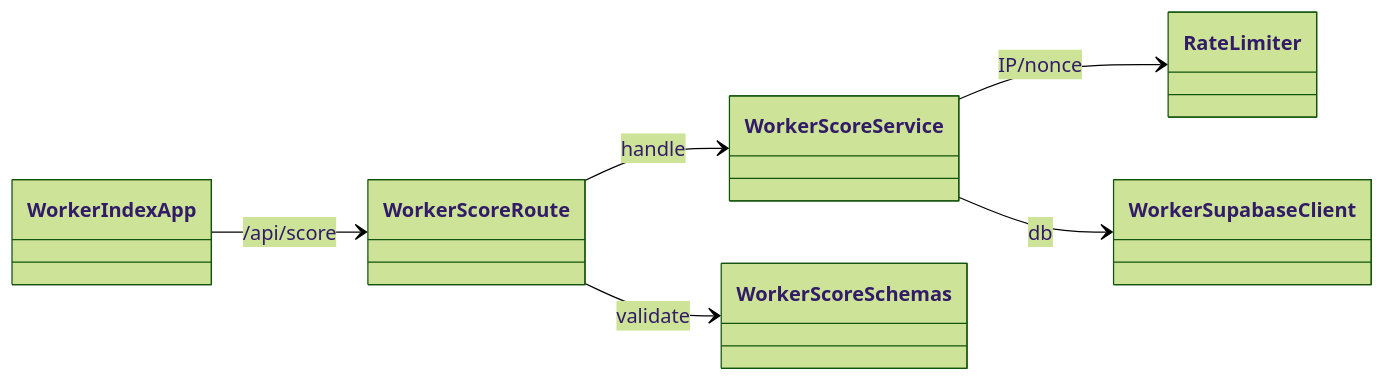
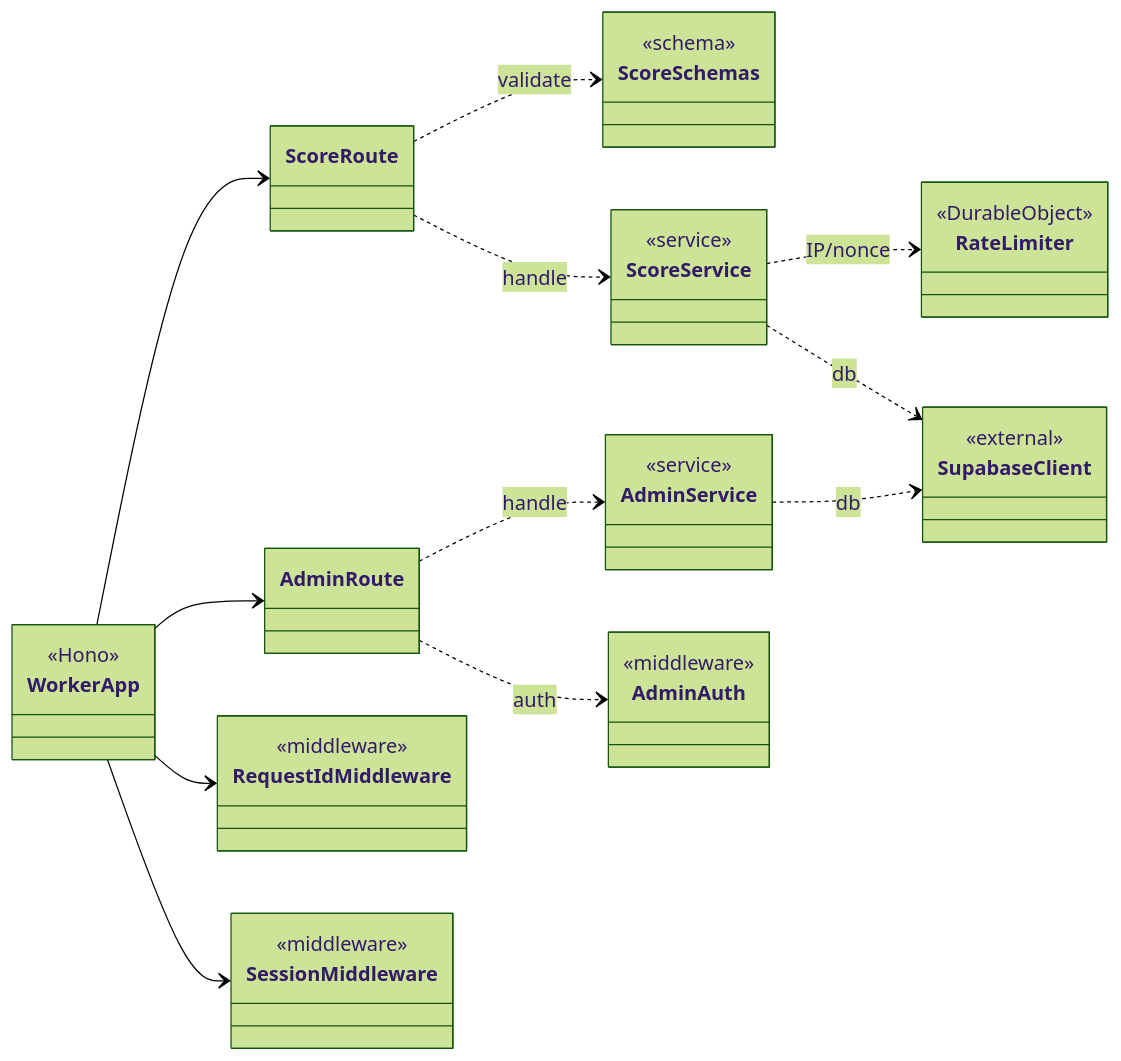
The tenth of 11 diagrams in README.md (syusyusyusyu/star), drawn with Mermaid (forest theme) before and after one commit. The commit also changed other lines of this file, not shown here.

Commit message:
fix: READMEの構成を整理し、フロントエンドとバックエンドのクラス図を更新

````diff
--- a/README.md
+++ b/README.md
@@ -379,17 +416,28 @@
 ```mermaid
 classDiagram
   direction LR
 
-  class WorkerIndexApp
-  class WorkerScoreRoute
-  class WorkerScoreService
-  class WorkerScoreSchemas
-  class RateLimiter
-  class WorkerSupabaseClient
+  class WorkerApp <<Hono>>
+  class ScoreRoute
+  class AdminRoute
+  class ScoreSchemas <<schema>>
+  class ScoreService <<service>>
+  class AdminService <<service>>
+  class RateLimiter <<DurableObject>>
+  class SupabaseClient <<external>>
+  class RequestIdMiddleware <<middleware>>
+  class SessionMiddleware <<middleware>>
+  class AdminAuth <<middleware>>
 
-  WorkerIndexApp --> WorkerScoreRoute : /api/score
-  WorkerScoreRoute --> WorkerScoreSchemas : validate
-  WorkerScoreRoute --> WorkerScoreService : handle
-  WorkerScoreService --> RateLimiter : IP/nonce
-  WorkerScoreService --> WorkerSupabaseClient : db
+  WorkerApp --> RequestIdMiddleware
+  WorkerApp --> SessionMiddleware
+  WorkerApp --> ScoreRoute
+  WorkerApp --> AdminRoute
+  AdminRoute ..> AdminAuth : auth
+  ScoreRoute ..> ScoreSchemas : validate
+  ScoreRoute ..> ScoreService : handle
+  AdminRoute ..> AdminService : handle
+  ScoreService ..> RateLimiter : IP/nonce
+  ScoreService ..> SupabaseClient : db
+  AdminService ..> SupabaseClient : db
 ```
````
